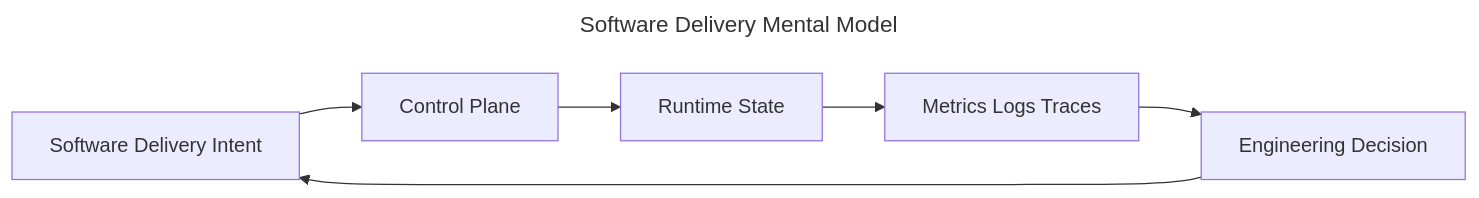
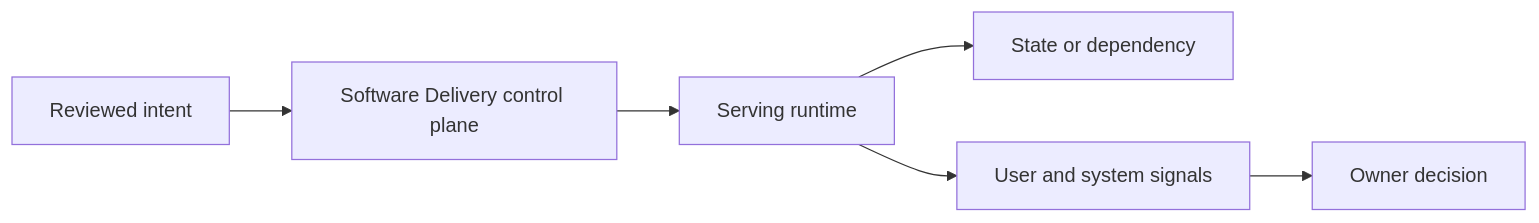
Before and after one commit to m1mohamad/devops-sre-prep: the first of 2 diagrams in docs/chapters/software-delivery.md, drawn with Mermaid. The commit also changed other lines of this file and 100 other files, not shown here.

````diff
--- a/docs/chapters/software-delivery.md
+++ b/docs/chapters/software-delivery.md
@@ -10,11 +15,8 @@
 ```mermaid
----
-title: Software Delivery Mental Model
----
 flowchart LR
-  Intent[Software Delivery Intent] --> Control[Control Plane]
-  Control --> Runtime[Runtime State]
-  Runtime --> Signals[Metrics Logs Traces]
-  Signals --> Decision[Engineering Decision]
-  Decision --> Intent
+  Intent[Reviewed intent] --> Control[Software Delivery control plane]
+  Control --> Runtime[Serving runtime]
+  Runtime --> Dependency[State or dependency]
+  Runtime --> Signals[User and system signals]
+  Signals --> Owner[Owner decision]
 ```
````
